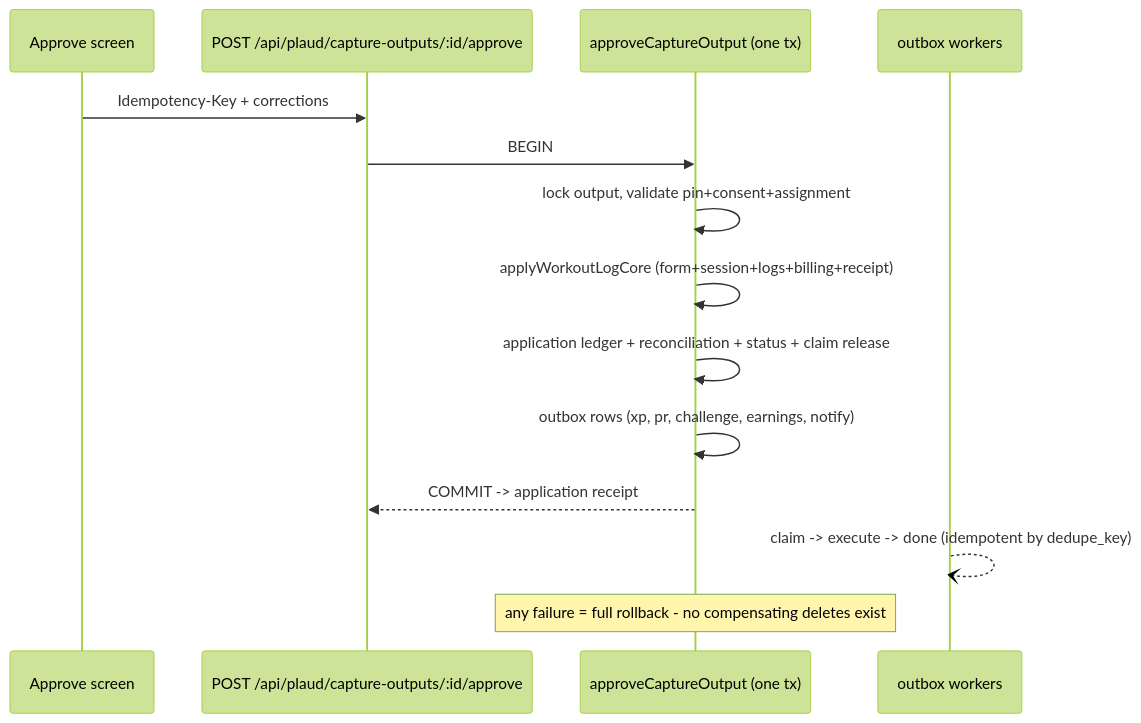
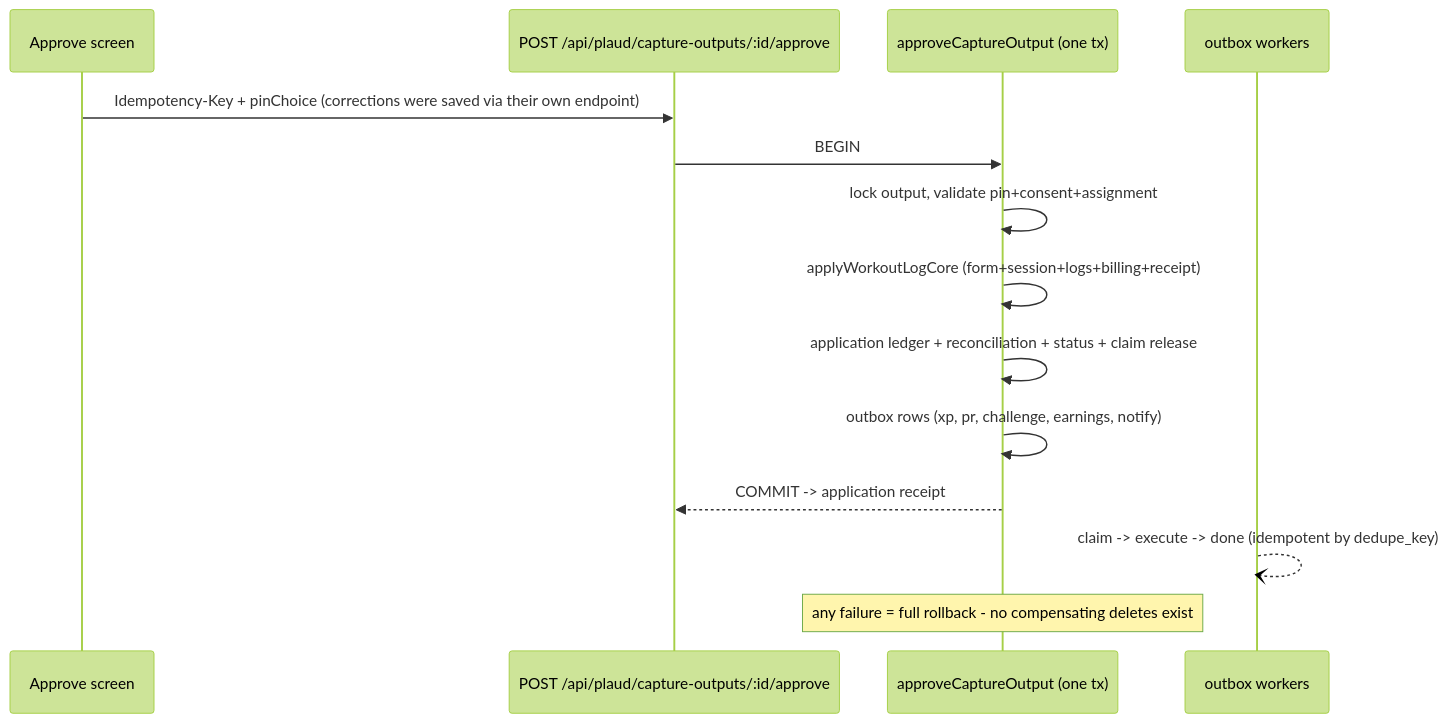
One commit to SeanSwan/-SS-PT-New changed the third of 7 diagrams in docs/ai-workflow/AI-HANDOFF/PLAUD-AUTO-INGEST-REBUILD-BLUEPRINT-V2-2026-09-01.md. Above: the diagram before and after it, drawn with Mermaid (forest theme). The commit also changed other lines of this file and 3 other files, not shown here.

````diff
--- a/docs/ai-workflow/AI-HANDOFF/PLAUD-AUTO-INGEST-REBUILD-BLUEPRINT-V2-2026-09-01.md
+++ b/docs/ai-workflow/AI-HANDOFF/PLAUD-AUTO-INGEST-REBUILD-BLUEPRINT-V2-2026-09-01.md
@@ -242,16 +261,16 @@
 ```mermaid
 sequenceDiagram
     participant UI as Approve screen
     participant API as POST /api/plaud/capture-outputs/:id/approve
     participant TX as approveCaptureOutput (one tx)
     participant OB as outbox workers
-    UI->>API: Idempotency-Key + corrections
+    UI->>API: Idempotency-Key + pinChoice (corrections were saved via their own endpoint)
     API->>TX: BEGIN
     TX->>TX: lock output, validate pin+consent+assignment
     TX->>TX: applyWorkoutLogCore (form+session+logs+billing+receipt)
     TX->>TX: application ledger + reconciliation + status + claim release
     TX->>TX: outbox rows (xp, pr, challenge, earnings, notify)
     TX-->>API: COMMIT -> application receipt
     OB--)OB: claim -> execute -> done (idempotent by dedupe_key)
     Note over TX: any failure = full rollback - no compensating deletes exist
 ```
````
